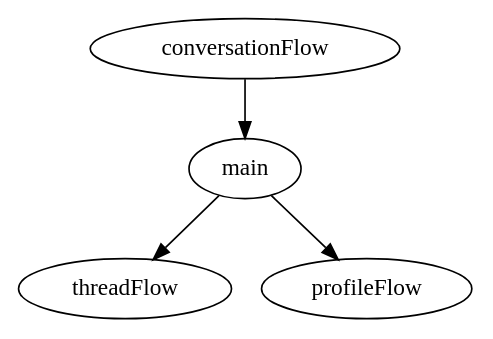
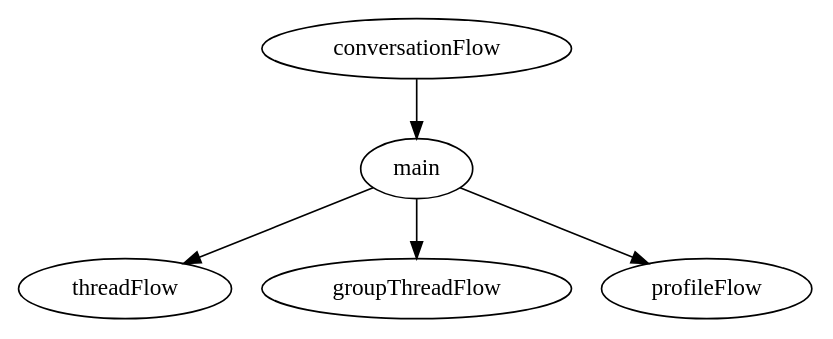
One commit to DeveloperPalmer/clarify-android changed the diagram in feature/chat-conversation/routing/src/main/way/conversation_flow.dot. Above: the diagram before and after it, drawn with Graphviz. The commit also changed 62 other files, not shown here.

```diff
--- a/feature/chat-conversation/routing/src/main/way/conversation_flow.dot
+++ b/feature/chat-conversation/routing/src/main/way/conversation_flow.dot
@@ -1,24 +1,32 @@
 digraph ConversationFlow {
   package = "ru.sla.clarify.feature.chat.conversation.routing"
 
   conversationFlow [
     type = "flow",
     resultType = "ru.sla.clarify.feature.chat.conversation.routing.ConversationFlow.Result"
   ]
 
   threadFlow [
     type = "schema"
     parameterName = "target"
     parameterType = "ru.sla.clarify.feature.chat.direct.thread.domain.entity.ThreadTarget"
   ]
 
+  groupThreadFlow [
+    type = "schema"
+    parameterName = "conversationId"
+    parameterType = "ru.sla.clarify.feature.chat.conversation.domain.entity.Conversation.Id"
+    resultType = "ru.sla.clarify.feature.chat.group.thread.routing.GroupThreadFlow.Result"
+  ]
+
   profileFlow [
     type = "schema",
     resultType = "ru.sla.clarify.feature.profile.routing.ProfileFlow.Result"
   ]
 
   conversationFlow -> main
 
   main -> threadFlow
+  main -> groupThreadFlow
   main -> profileFlow
 }
```
